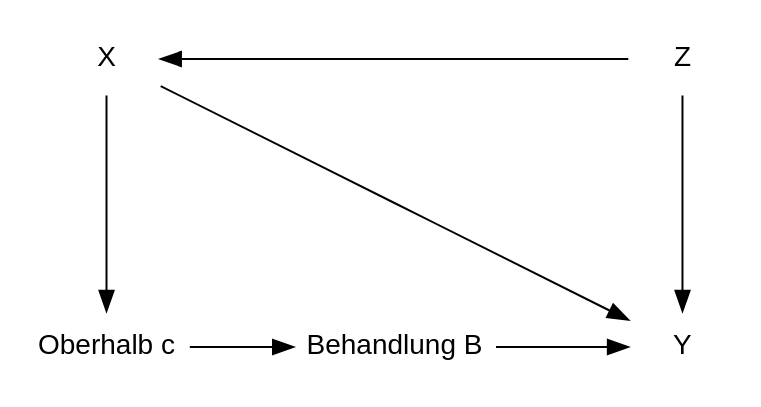
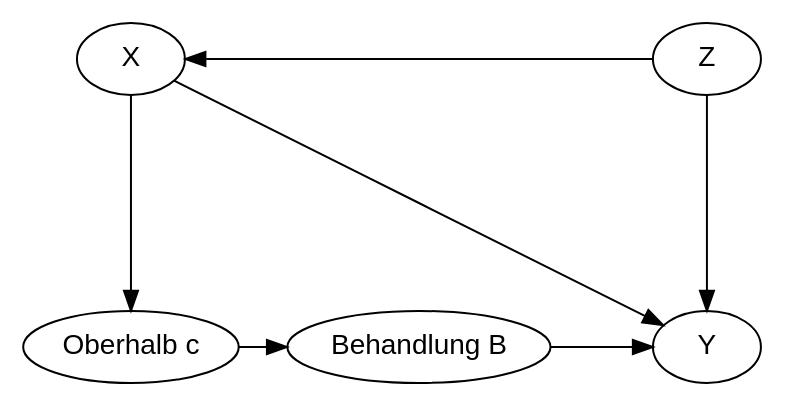
The first of 2 diagrams in RDD.qmd (mca91/kasa_book), drawn with Graphviz before and after one commit. The commit also changed other lines of this file and 37 other files, not shown here.

````diff
--- a/RDD.qmd
+++ b/RDD.qmd
@@ -152,25 +105,24 @@
 ```{dot}
 //| fig-width: 5
 //| fig-height: 3
 //| fig-align: 'center'
 //| fig-cap: "Kausales Diagramm für Sharp RDD"
 //| label: "fig-CDRDD" 
 digraph "Causal Diagramm RDD" {
   layout=neato
   fontname="Helvetica,Arial,sans-serif"
-  node [fontname="Helvetica,Arial,sans-serif"]
+  node [fontname="Helvetica,Arial,sans-serif",shape=ellipse]
   edge [fontname="Helvetica,Arial,sans-serif"]
-  node [shape=none];
   "X" [pos="0,1!"]
   "Y" [pos="4,-1!"]
   "Oberhalb c" [pos="0,-1!"]
   "Z" [pos="4,1!"]
   "Behandlung B" [pos="2,-1!"]
   "X" -> "Y"
   "Z" -> "X"
   "Z" -> "Y"
   "X" -> "Oberhalb c"
   "Oberhalb c" -> "Behandlung B"
   "Behandlung B" -> "Y"
 }
 ```
````
